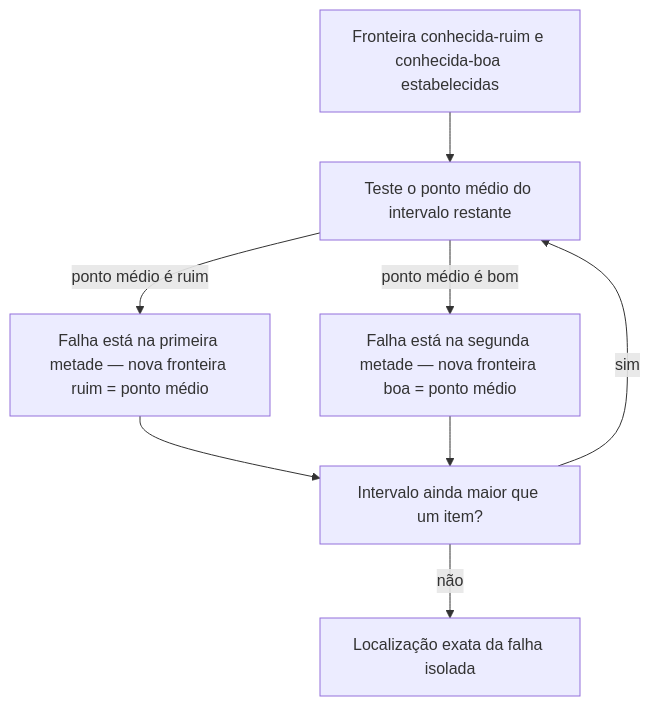
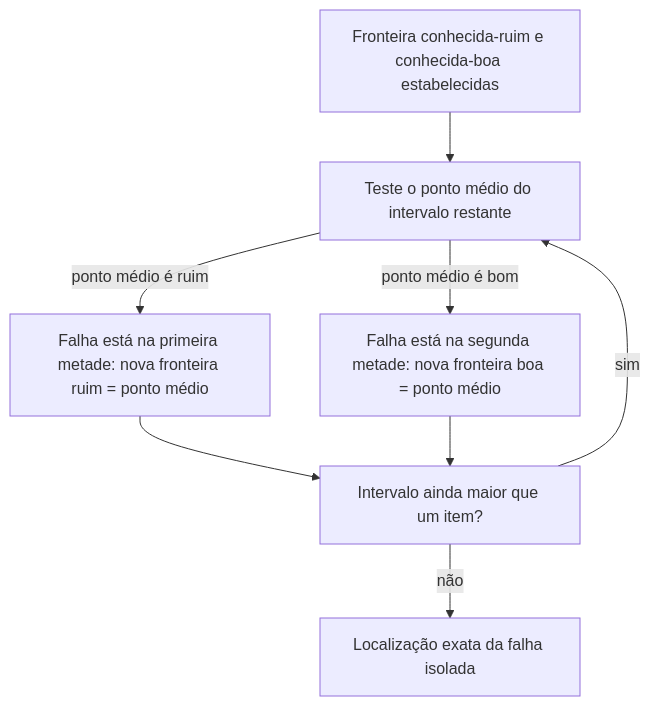
Before and after one commit to alexcastrodev/my-university: the diagram in backend/src/seed/data/curriculum/algorithms-software/software-construction/content/systematic-debugging/pt-BR.md, drawn with Mermaid. The commit also changed other lines of this file and 19 other files, not shown here.

````diff
--- a/backend/src/seed/data/curriculum/algorithms-software/software-construction/content/systematic-debugging/pt-BR.md
+++ b/backend/src/seed/data/curriculum/algorithms-software/software-construction/content/systematic-debugging/pt-BR.md
@@ -35,10 +35,10 @@
 ```mermaid
 flowchart TD
     A["Fronteira conhecida-ruim e conhecida-boa estabelecidas"] --> B["Teste o ponto médio do intervalo restante"]
-    B -->|"ponto médio é ruim"| C["Falha está na primeira metade — nova fronteira ruim = ponto médio"]
-    B -->|"ponto médio é bom"| D["Falha está na segunda metade — nova fronteira boa = ponto médio"]
+    B -->|"ponto médio é ruim"| C["Falha está na primeira metade: nova fronteira ruim = ponto médio"]
+    B -->|"ponto médio é bom"| D["Falha está na segunda metade: nova fronteira boa = ponto médio"]
     C --> E["Intervalo ainda maior que um item?"]
     D --> E
     E -->|"sim"| B
     E -->|"não"| F["Localização exata da falha isolada"]
 ```
````
